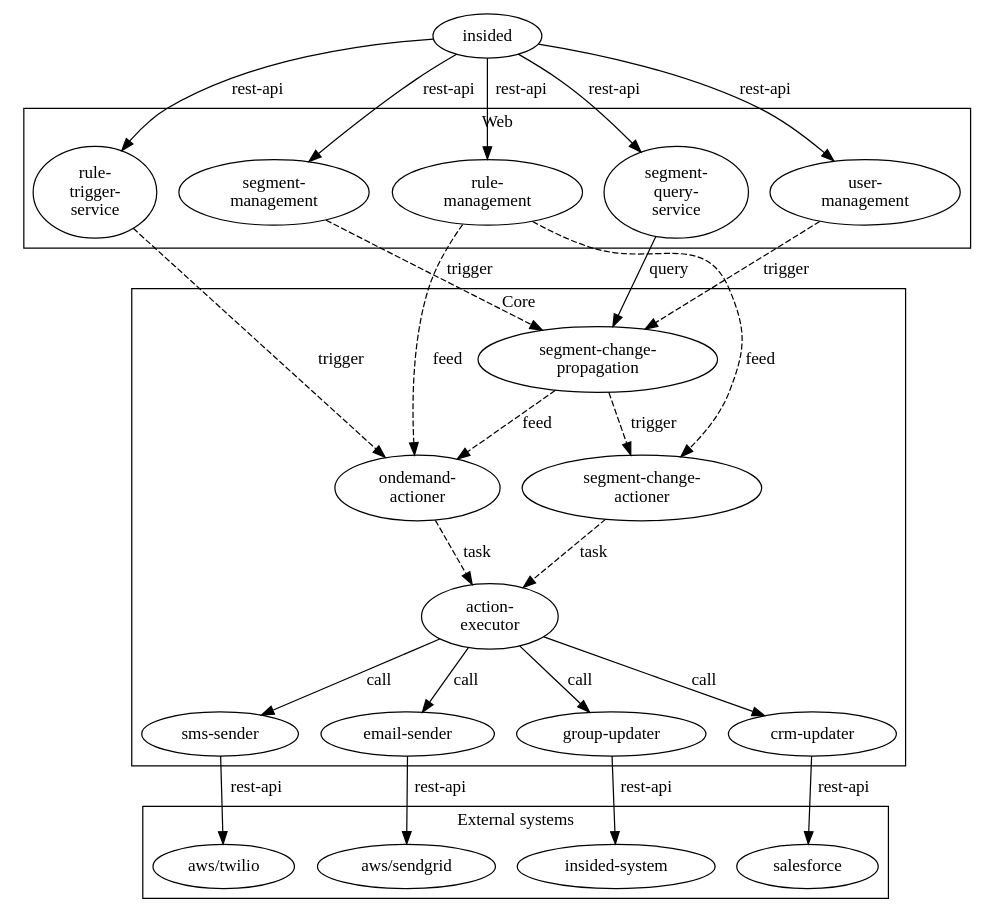
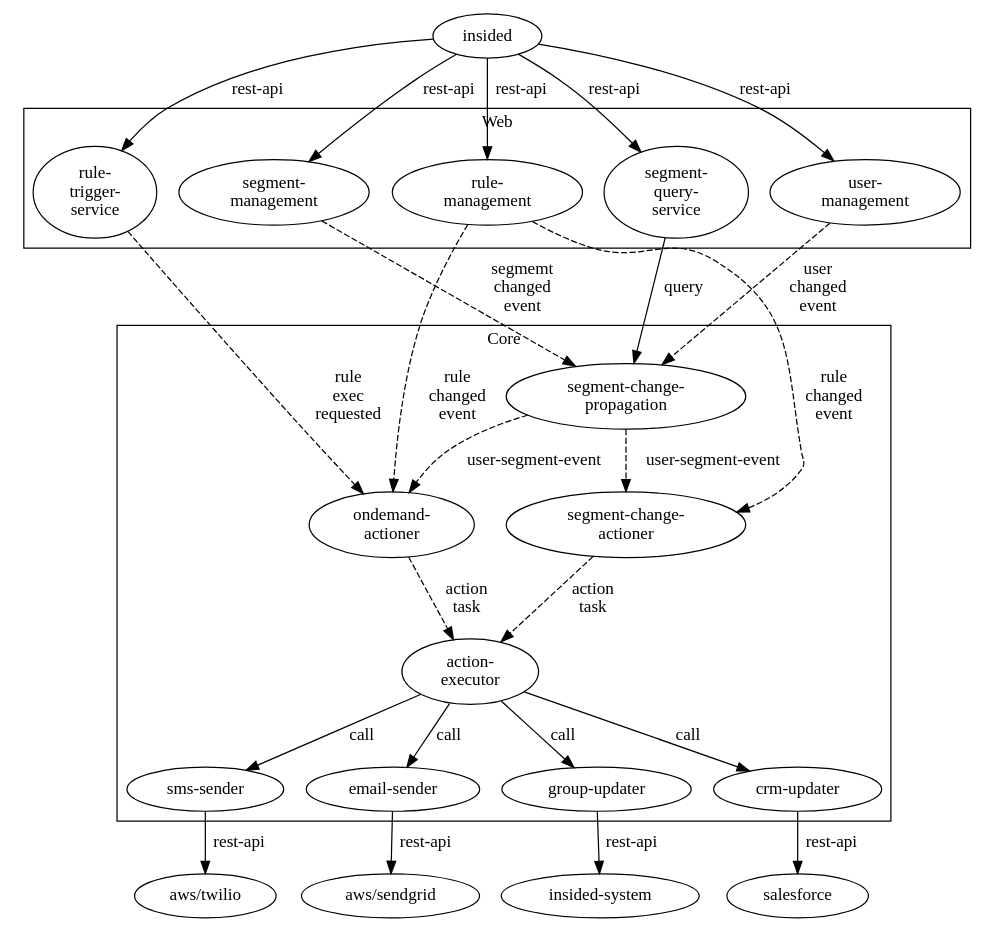
Before and after one commit to MarcGrol/userautomation: the diagram in doc/architecture.dot, drawn with Graphviz. The commit also changed 1 other file, not shown here.

Commit message:
Better architecture picture

```diff
--- a/doc/architecture.dot
+++ b/doc/architecture.dot
@@ -1,65 +1,65 @@
     digraph G {
     
       rankdir="TD"
       
       insided -> "rule-\ntrigger-\nservice" [label="rest-api"]
       insided -> "rule-\nmanagement" [label="rest-api"]
       insided -> "user-\nmanagement" [label="rest-api"]
       insided -> "segment-\nmanagement" [label="rest-api"]
       insided -> "segment-\nquery-\nservice" [label="rest-api"]
 
       subgraph cluster_Web {
           label = "Web"
           "rule-\ntrigger-\nservice"
           "rule-\nmanagement"
           "user-\nmanagement"
           "segment-\nmanagement"
           "segment-\nquery-\nservice"
       }
 
      subgraph cluster_Core {
           label = "Core"
           "ondemand-\nactioner"
           "segment-change-\npropagation"
           "segment-change-\nactioner"
           "action-\nexecutor"
           "sms-sender"
           "email-sender"
           "group-updater"
           "crm-updater"
       }
 
-       subgraph cluster_External {
-           label = "External systems"
+      // subgraph cluster_External {
+           //label = "External systems"
             "aws/sendgrid"
             "aws/twilio"
             "insided-system"
             "salesforce"
-        }
+       // }
 
-       "rule-\ntrigger-\nservice" -> "ondemand-\nactioner" [style=dashed, label=trigger]
-      "segment-\nmanagement" -> "segment-change-\npropagation" [style=dashed, label=trigger]
+       "rule-\ntrigger-\nservice" -> "ondemand-\nactioner" [style=dashed, label="rule\nexec\nrequested"]
+      "segment-\nmanagement" -> "segment-change-\npropagation" [style=dashed, label="segmemt\nchanged\nevent"]
       "segment-\nquery-\nservice" -> "segment-change-\npropagation" [label=query]
 
-      "rule-\nmanagement" -> "ondemand-\nactioner" [style=dashed, label=feed]
+      "rule-\nmanagement" -> "ondemand-\nactioner" [style=dashed, label="rule\nchanged\nevent"]
 
-      "user-\nmanagement" -> "segment-change-\npropagation" [style=dashed, label=trigger]
-      "segment-change-\npropagation" -> "ondemand-\nactioner" [style=dashed, label=feed]
+      "user-\nmanagement" -> "segment-change-\npropagation" [style=dashed, label="user\nchanged\nevent"]
+      "segment-change-\npropagation" -> "ondemand-\nactioner" [style=dashed, label="user-segment-event"]
 
-      "segment-change-\npropagation" -> "segment-change-\nactioner"  [style=dashed, label=trigger]
-      "rule-\nmanagement" -> "segment-change-\nactioner" [style=dashed, label=feed]
-      "segment-change-\nactioner" -> "action-\nexecutor" [style=dashed, label=task]
+      "segment-change-\npropagation" -> "segment-change-\nactioner"  [style=dashed, label="user-segment-event"]
+      "rule-\nmanagement" -> "segment-change-\nactioner" [style=dashed, label="rule\nchanged\nevent"]
+      "segment-change-\nactioner" -> "action-\nexecutor" [style=dashed, label="action\ntask"]
 
-      "ondemand-\nactioner" -> "action-\nexecutor" [style=dashed, label=task]
+      "ondemand-\nactioner" -> "action-\nexecutor" [style=dashed, label="action\ntask"]
 
       "action-\nexecutor" -> "sms-sender" [label=call]
       "action-\nexecutor" -> "email-sender" [label=call]
       "action-\nexecutor" -> "group-updater" [label=call]
       "action-\nexecutor" -> "crm-updater" [label=call]
 
       "email-sender" -> "aws/sendgrid" [label="rest-api"]
       "sms-sender" -> "aws/twilio" [label="rest-api"]
       "group-updater" -> "insided-system" [label="rest-api"]
       "crm-updater" -> "salesforce" [label="rest-api"]
 
     }
```
